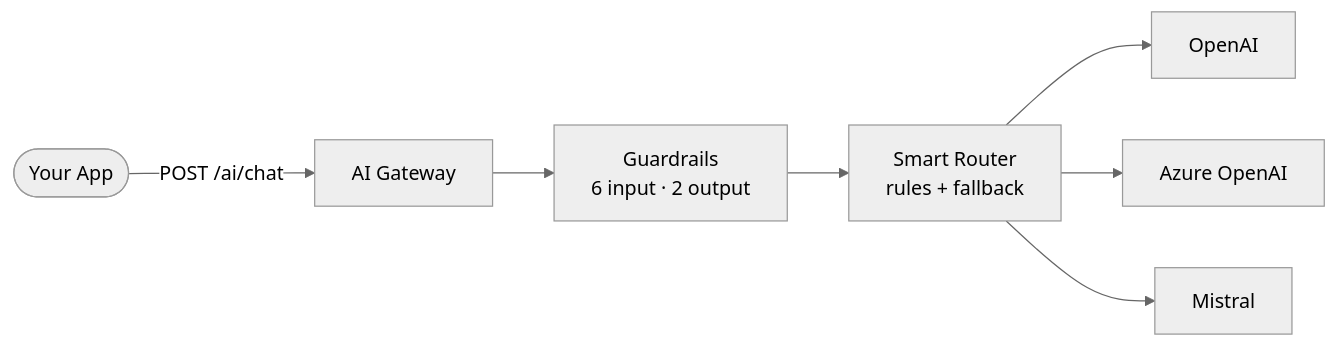
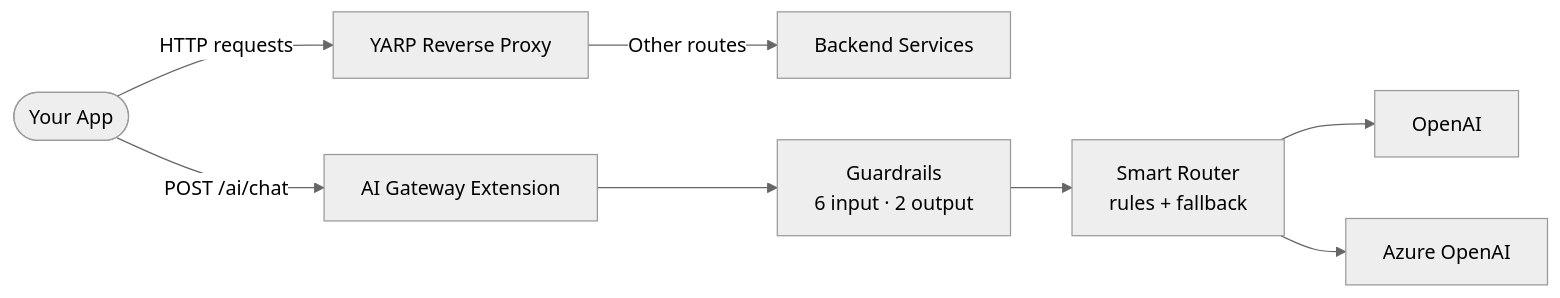
One commit to jmfloreszazo/yarp_aigateway changed the first of 8 diagrams in README.md. Above: the diagram before and after it, drawn with Mermaid (neutral theme). The commit also changed other lines of this file and 9 other files, not shown here.

Commit message:
Refactor AI Gateway configuration and remove Mistral provider support; update README and sample app for clarity

````diff
--- a/README.md
+++ b/README.md
@@ -32,9 +40,10 @@
 ```mermaid
 graph LR
-    App([Your App]) -->|POST /ai/chat| GW[AI Gateway]
+    App([Your App]) -->|HTTP requests| YARP[YARP Reverse Proxy]
+    YARP -->|Other routes| Backend[Backend Services]
+    App -->|POST /ai/chat| GW[AI Gateway Extension]
     GW --> G[Guardrails<br/>6 input · 2 output]
     G --> R[Smart Router<br/>rules + fallback]
     R --> P1[OpenAI]
     R --> P2[Azure OpenAI]
-    R --> P3[Mistral]
 ```
````
